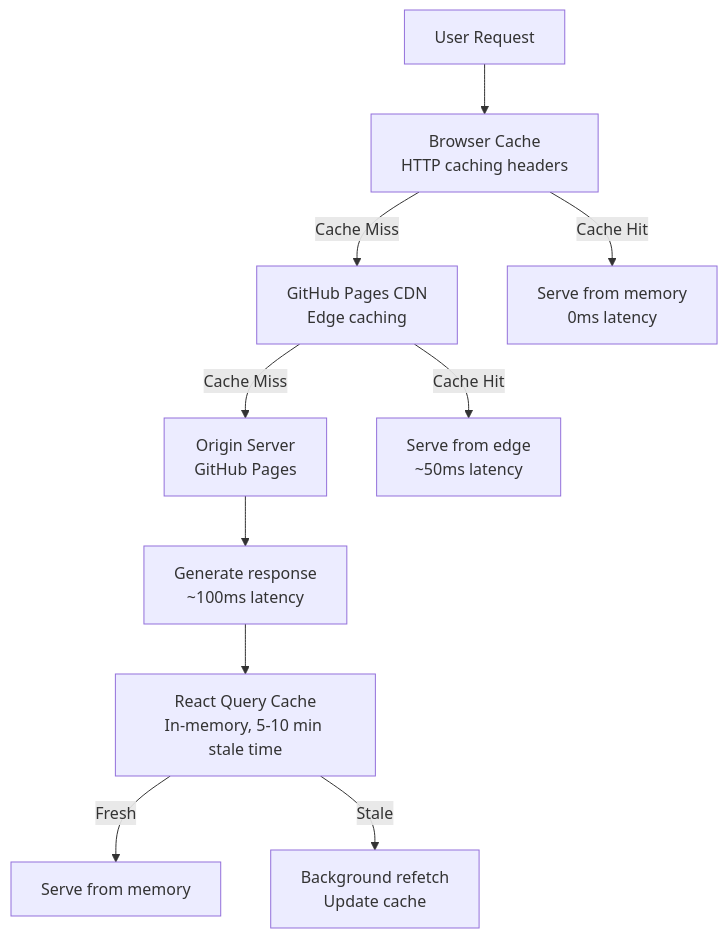
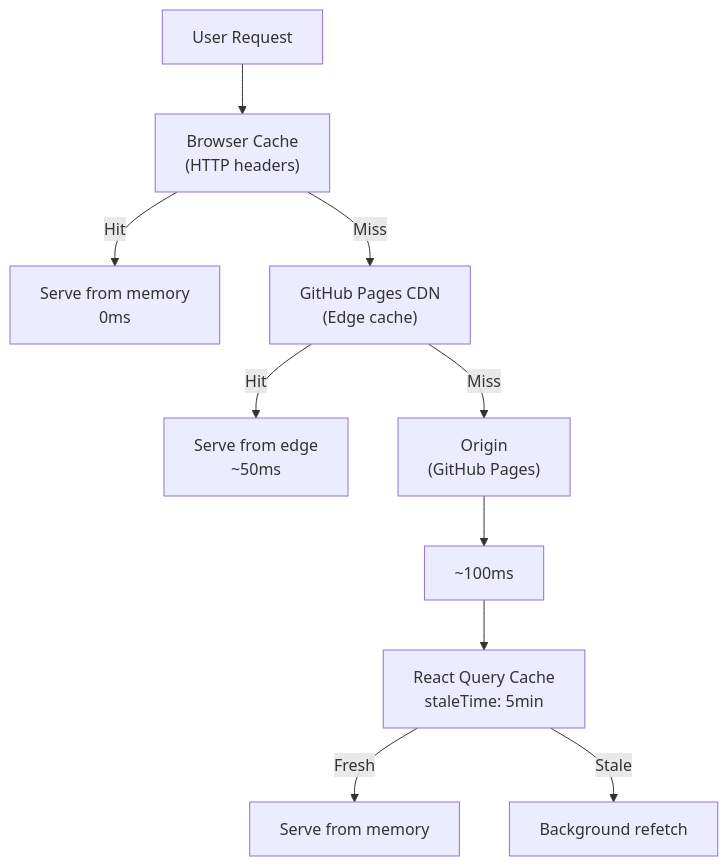
Before and after one commit to DreamLab-AI/dreamlab-ai-website: diagram 17 of 18 in docs/architecture/DATA_FLOW.md, drawn with Mermaid. The commit also changed other lines of this file and 49 other files, not shown here.

````diff
--- a/docs/architecture/DATA_FLOW.md
+++ b/docs/architecture/DATA_FLOW.md
@@ -596,17 +555,16 @@
 ```mermaid
 graph TB
-    Request["User Request"] --> Browser["Browser Cache<br/>HTTP caching headers"]
+    Request["User Request"] --> BrowserCache["Browser Cache<br/>(HTTP headers)"]
 
-    Browser -->|Cache Miss| CDN["GitHub Pages CDN<br/>Edge caching"]
-    Browser -->|Cache Hit| BrowserServe["Serve from memory<br/>0ms latency"]
+    BrowserCache -->|Hit| BrowserServe["Serve from memory<br/>0ms"]
+    BrowserCache -->|Miss| CDNCache["GitHub Pages CDN<br/>(Edge cache)"]
 
-    CDN -->|Cache Miss| Origin["Origin Server<br/>GitHub Pages"]
-    CDN -->|Cache Hit| CDNServe["Serve from edge<br/>~50ms latency"]
+    CDNCache -->|Hit| CDNServe["Serve from edge<br/>~50ms"]
+    CDNCache -->|Miss| Origin["Origin<br/>(GitHub Pages)"]
 
-    Origin --> OriginServe["Generate response<br/>~100ms latency"]
+    Origin --> OriginServe["~100ms"]
 
-    OriginServe --> ReactQuery["React Query Cache<br/>In-memory, 5-10 min stale time"]
-
-    ReactQuery -->|Fresh| ReactServe["Serve from memory"]
-    ReactQuery -->|Stale| Background["Background refetch<br/>Update cache"]
+    OriginServe --> RQCache["React Query Cache<br/>staleTime: 5min"]
+    RQCache -->|Fresh| RQServe["Serve from memory"]
+    RQCache -->|Stale| Background["Background refetch"]
 ```
````
